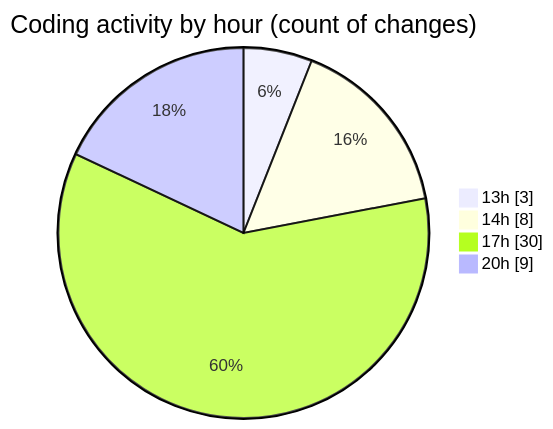
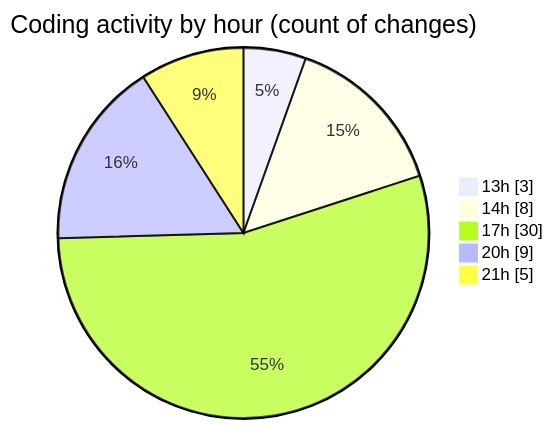
One commit to NitaiMahat/code-tracking changed the second of 2 diagrams in 2025-02-04/recipe-page-main/README.md. Above: the diagram before and after it, drawn with Mermaid. The commit also changed other lines of this file and 1 other file, not shown here.

````diff
--- a/2025-02-04/recipe-page-main/README.md
+++ b/2025-02-04/recipe-page-main/README.md
@@ -30,8 +30,9 @@
 ```mermaid
 pie showData
 title Coding activity by hour (count of changes)
 "13h" : 3
 "14h" : 8
 "17h" : 30
 "20h" : 9
+"21h" : 5
 ```
````
